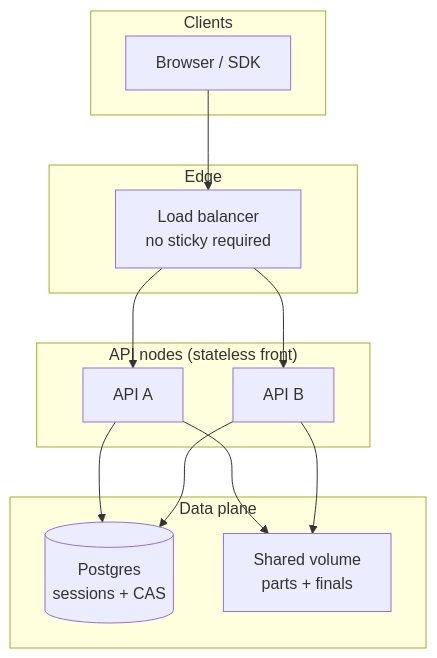
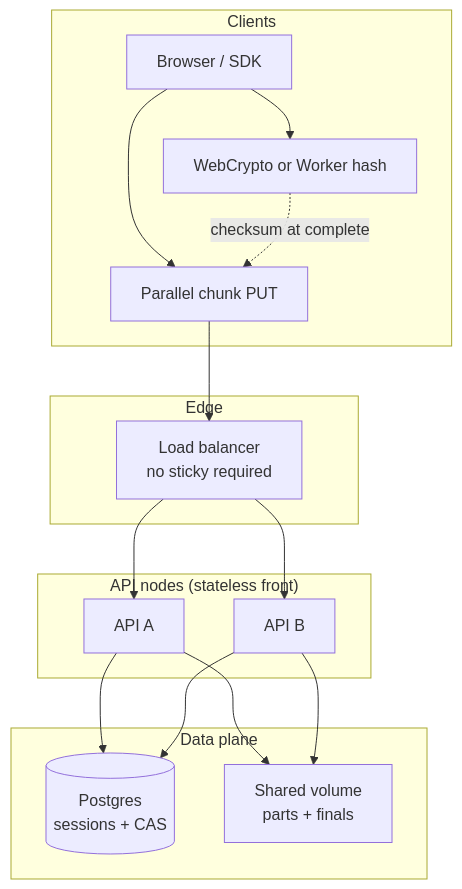
One commit to 0x-mhmdnzri/File-Uploader changed the first of 3 diagrams in README.md. Above: the diagram before and after it, drawn with Mermaid. The commit also changed other lines of this file, not shown here.

Commit message:
docs: README — client WebCrypto hash, parallel hash+upload, CORS/dev DX

````diff
--- a/README.md
+++ b/README.md
@@ -101,28 +109,33 @@
 ```mermaid
 flowchart TB
   subgraph Clients
     Browser[Browser / SDK]
+    Hash[WebCrypto or Worker hash]
+    Up[Parallel chunk PUT]
   end
 
   subgraph Edge
     LB[Load balancer<br/>no sticky required]
   end
 
   subgraph API["API nodes (stateless front)"]
     A1[API A]
     A2[API B]
   end
 
   subgraph Data plane
     PG[(Postgres<br/>sessions + CAS)]
     VOL[Shared volume<br/>parts + finals]
   end
 
-  Browser --> LB
+  Browser --> Hash
+  Browser --> Up
+  Hash -.->|checksum at complete| Up
+  Up --> LB
   LB --> A1
   LB --> A2
   A1 --> PG
   A2 --> PG
   A1 --> VOL
   A2 --> VOL
 ```
````
